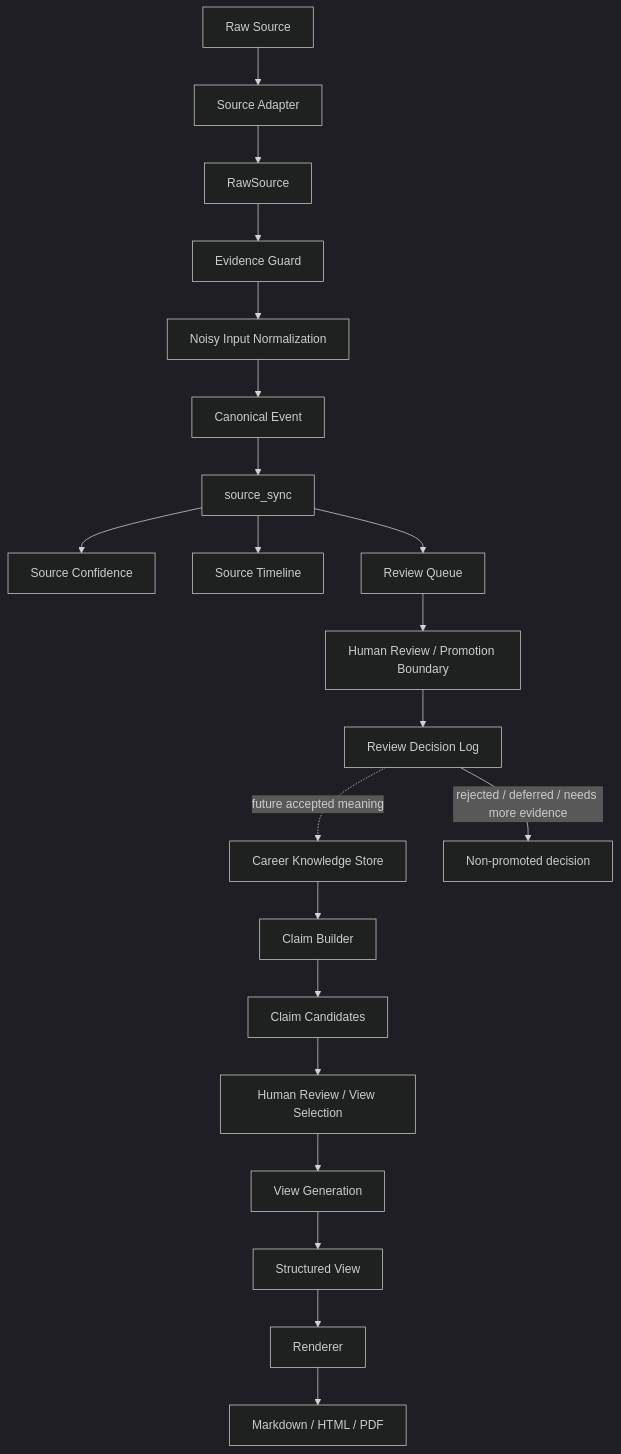
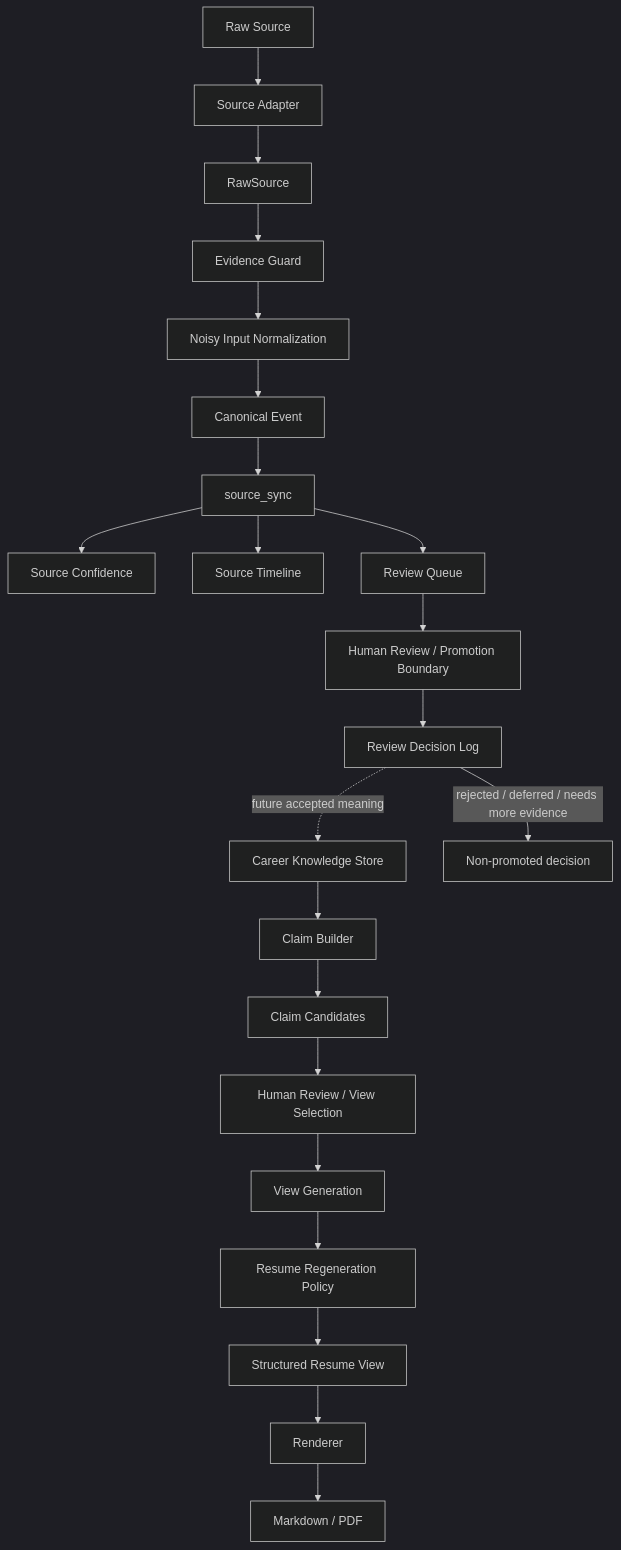
One commit to s-kyono/me-shower changed the diagram in docs/02_architecture.md. Above: the diagram before and after it, drawn with Mermaid (dark theme). The commit also changed other lines of this file and 7 other files, not shown here.

Commit message:
Define Resume Regeneration Policy

````diff
--- a/docs/02_architecture.md
+++ b/docs/02_architecture.md
@@ -199,23 +211,24 @@
 ```mermaid
 flowchart TD
     A[Raw Source] --> B[Source Adapter]
     B --> C[RawSource]
     C --> D[Evidence Guard]
     D --> E[Noisy Input Normalization]
     E --> F[Canonical Event]
     F --> G[source_sync]
     G --> H[Source Confidence]
     G --> I[Source Timeline]
     G --> P[Review Queue]
     P --> J[Human Review / Promotion Boundary]
     J --> Q[Review Decision Log]
     Q -.->|future accepted meaning| K[Career Knowledge Store]
     Q -->|rejected / deferred / needs more evidence| N[Non-promoted decision]
     K --> R[Claim Builder]
     R --> S[Claim Candidates]
     S --> T[Human Review / View Selection]
     T --> U[View Generation]
-    U --> V[Structured View]
+    U --> X[Resume Regeneration Policy]
+    X --> V[Structured Resume View]
     V --> W[Renderer]
-    W --> L[Markdown / HTML / PDF]
+    W --> L[Markdown / PDF]
 ```
````
